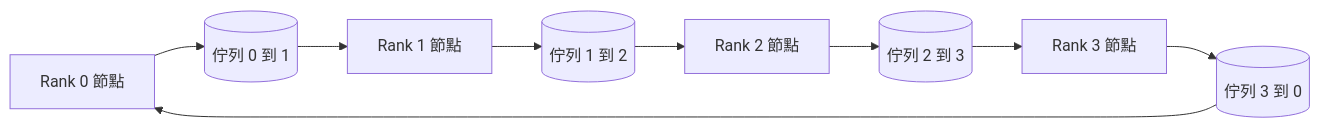
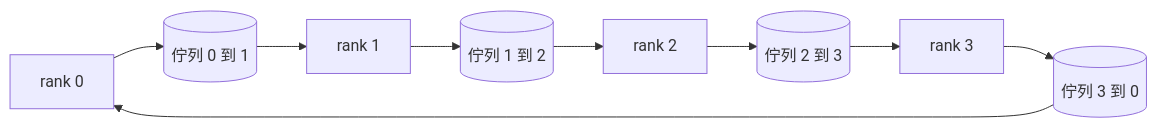
The diagram in i18n/zh-TW/phases/19-capstone-projects/76-collective-ops-from-scratch/docs/zh-TW.md (edward821220/ai-engineering-from-scratch), drawn with Mermaid before and after one commit. The commit also changed other lines of this file and 81 other files, not shown here.

````diff
--- a/i18n/zh-TW/phases/19-capstone-projects/76-collective-ops-from-scratch/docs/zh-TW.md
+++ b/i18n/zh-TW/phases/19-capstone-projects/76-collective-ops-from-scratch/docs/zh-TW.md
@@ -25,11 +25,11 @@
 ```mermaid
 flowchart LR
-  R0[Rank 0 節點] --> Q01[(佇列 0 到 1)]
-  Q01 --> R1[Rank 1 節點]
+  R0[rank 0] --> Q01[(佇列 0 到 1)]
+  Q01 --> R1[rank 1]
   R1 --> Q12[(佇列 1 到 2)]
-  Q12 --> R2[Rank 2 節點]
+  Q12 --> R2[rank 2]
   R2 --> Q23[(佇列 2 到 3)]
-  Q23 --> R3[Rank 3 節點]
+  Q23 --> R3[rank 3]
   R3 --> Q30[(佇列 3 到 0)]
   Q30 --> R0
 ```
````
